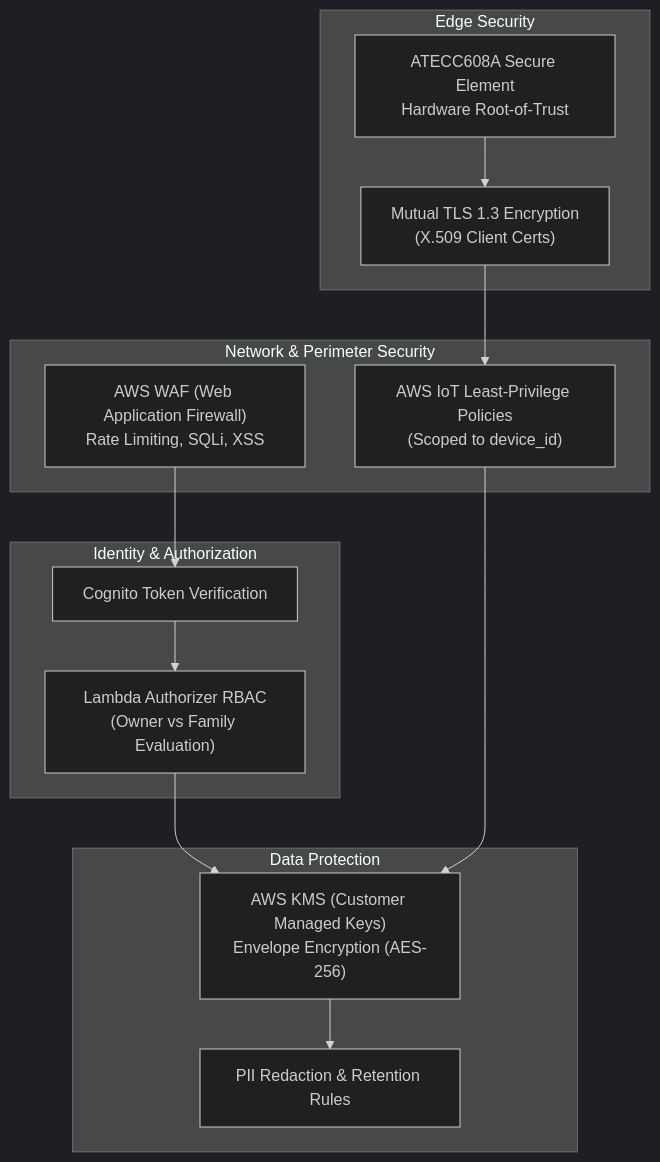
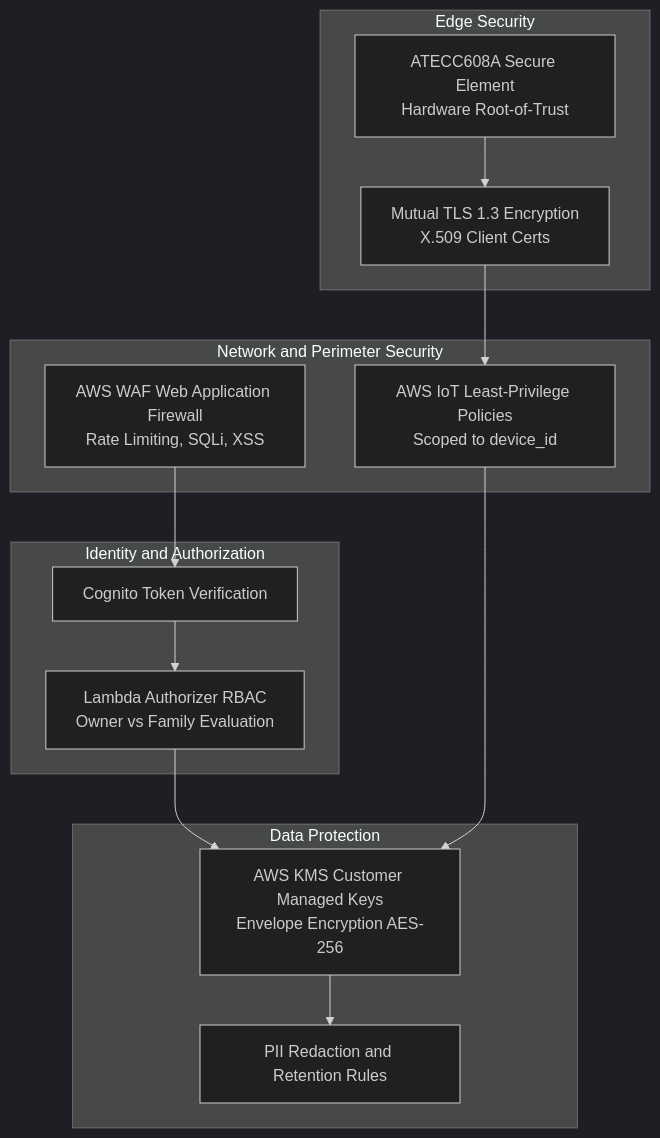
One commit to VimalChaudhary07/SEMS changed the ninth of 11 diagrams in AWS_BACKEND_INTEGRATION_PLAN.md. Above: the diagram before and after it, drawn with Mermaid (dark theme). The commit also changed other lines of this file and 5 other files, not shown here.

````diff
--- a/AWS_BACKEND_INTEGRATION_PLAN.md
+++ b/AWS_BACKEND_INTEGRATION_PLAN.md
@@ -577,30 +575,30 @@
 ```mermaid
 flowchart TD
     subgraph ZeroTrustEdge["Edge Security"]
         CryptoChip["ATECC608A Secure Element<br/>Hardware Root-of-Trust"]
-        mTLS["Mutual TLS 1.3 Encryption<br/>(X.509 Client Certs)"]
+        mTLS["Mutual TLS 1.3 Encryption<br/>X.509 Client Certs"]
     end
 
-    subgraph NetworkSec["Network & Perimeter Security"]
-        WAF["AWS WAF (Web Application Firewall)<br/>Rate Limiting, SQLi, XSS"]
-        IoTPolicy["AWS IoT Least-Privilege Policies<br/>(Scoped to device_id)"]
+    subgraph NetworkSec["Network and Perimeter Security"]
+        WAF["AWS WAF Web Application Firewall<br/>Rate Limiting, SQLi, XSS"]
+        IoTPolicy["AWS IoT Least-Privilege Policies<br/>Scoped to device_id"]
     end
 
-    subgraph IAM_Auth["Identity & Authorization"]
+    subgraph IAM_Auth["Identity and Authorization"]
         CognitoAuth["Cognito Token Verification"]
-        RoleGuard["Lambda Authorizer RBAC<br/>(Owner vs Family Evaluation)"]
+        RoleGuard["Lambda Authorizer RBAC<br/>Owner vs Family Evaluation"]
     end
 
     subgraph DataSec["Data Protection"]
-        KMS["AWS KMS (Customer Managed Keys)<br/>Envelope Encryption (AES-256)"]
-        PII["PII Redaction & Retention Rules"]
+        KMS["AWS KMS Customer Managed Keys<br/>Envelope Encryption AES-256"]
+        PII["PII Redaction and Retention Rules"]
     end
 
     CryptoChip --> mTLS
     mTLS --> IoTPolicy
     WAF --> CognitoAuth
     CognitoAuth --> RoleGuard
     RoleGuard --> KMS
     IoTPolicy --> KMS
     KMS --> PII
 ```
````
